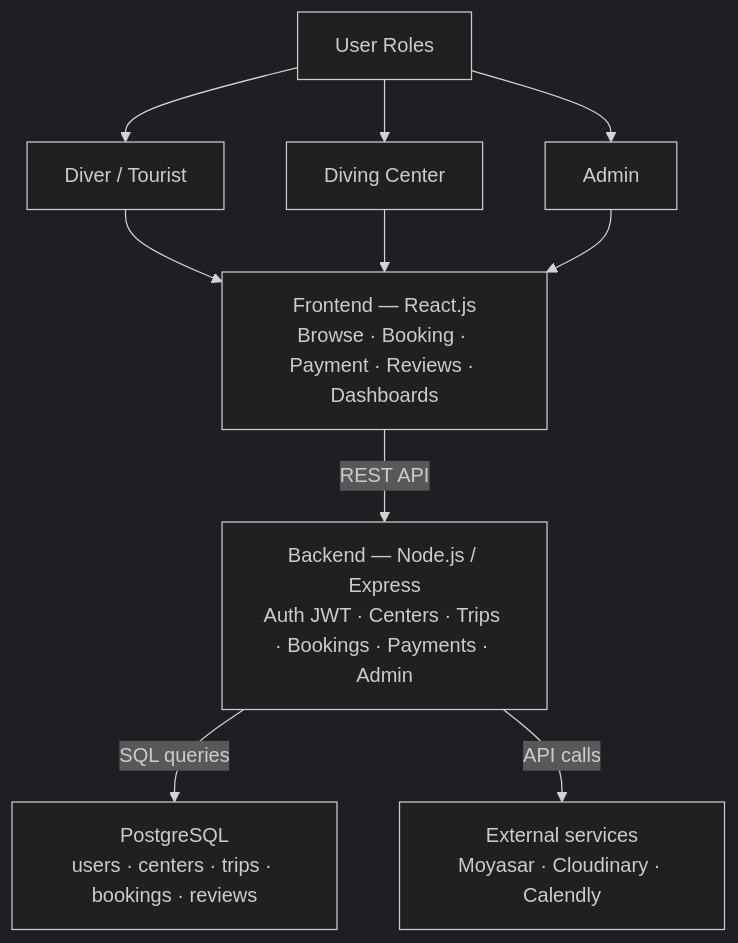
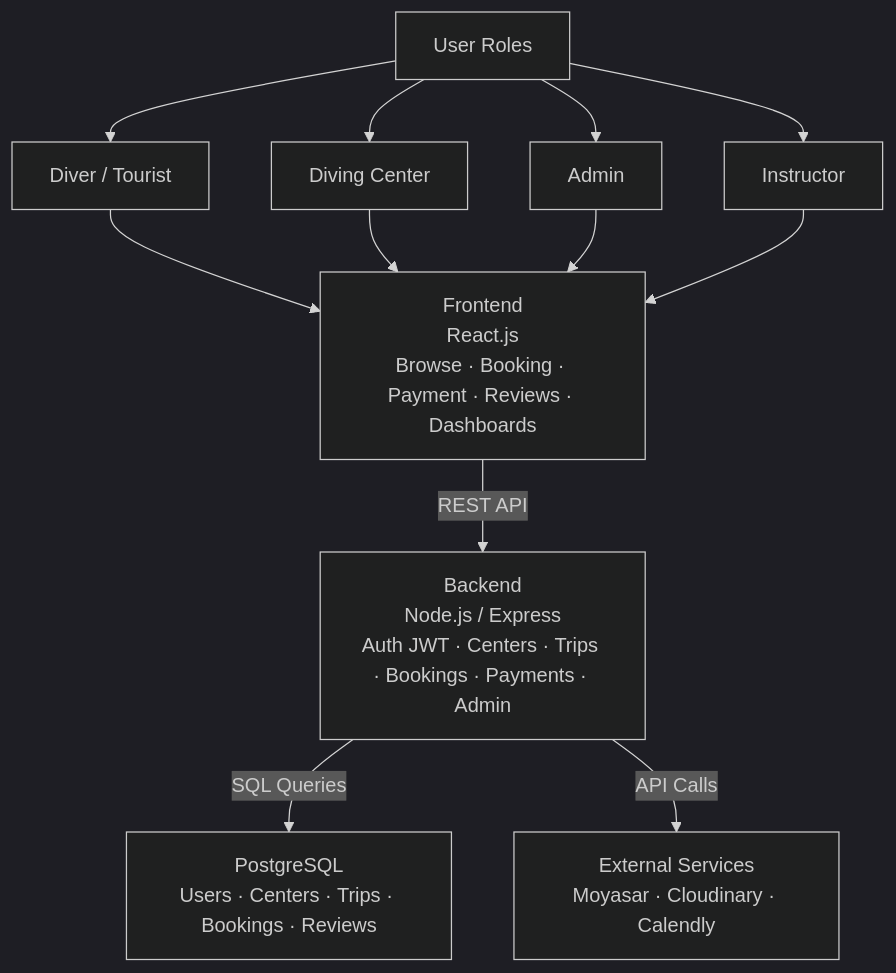
Before and after one commit to laradreamer79/Portfolio-Project: the first of 6 diagrams in stage3/README.md, drawn with Mermaid (dark theme). The commit also changed other lines of this file, not shown here.

````diff
--- a/stage3/README.md
+++ b/stage3/README.md
@@ -86,29 +86,27 @@
 ```mermaid
 flowchart TB
     Roles[User Roles]
 
     Roles --> actor1[Diver / Tourist]
     Roles --> actor2[Diving Center]
     Roles --> actor3[Admin]
+    Roles --> actor4[Instructor]
 
     actor1 --> FE
     actor2 --> FE
     actor3 --> FE
+    actor4 --> FE
 
-    FE["Frontend — React.js
-Browse · Booking · Payment · Reviews · Dashboards"]
+    FE["Frontend<br/>React.js<br/>Browse · Booking · Payment · Reviews · Dashboards"]
 
     FE -->|REST API| BE
 
-    BE["Backend — Node.js / Express
-Auth JWT · Centers · Trips · Bookings · Payments · Admin"]
+    BE["Backend<br/>Node.js / Express<br/>Auth JWT · Centers · Trips · Bookings · Payments · Admin"]
 
-    BE -->|SQL queries| DB
-    BE -->|API calls| EXT
+    BE -->|SQL Queries| DB
+    BE -->|API Calls| EXT
 
-    DB["PostgreSQL
-users · centers · trips · bookings · reviews"]
+    DB["PostgreSQL<br/>Users · Centers · Trips · Bookings · Reviews"]
 
-    EXT["External services
-Moyasar · Cloudinary · Calendly"]
+    EXT["External Services<br/>Moyasar · Cloudinary · Calendly"]
 ```
````
